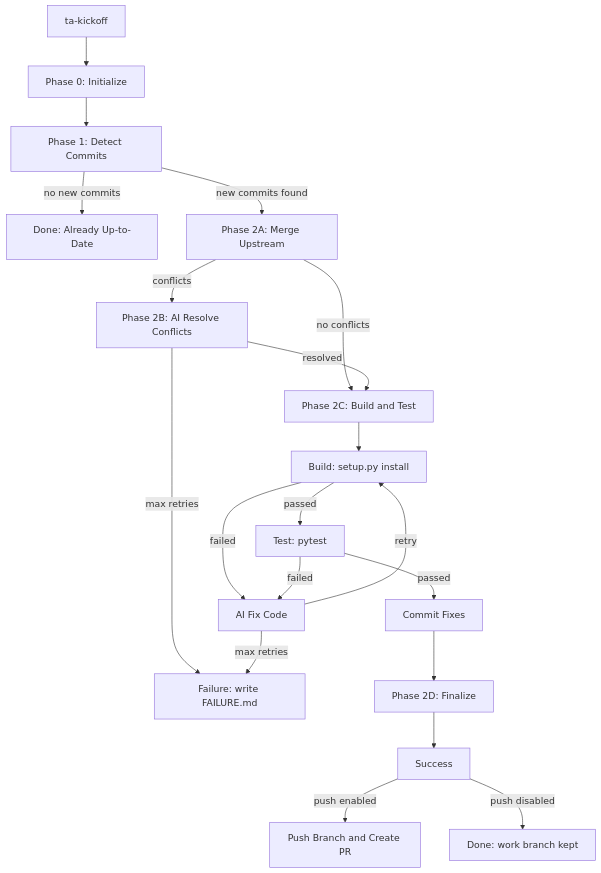
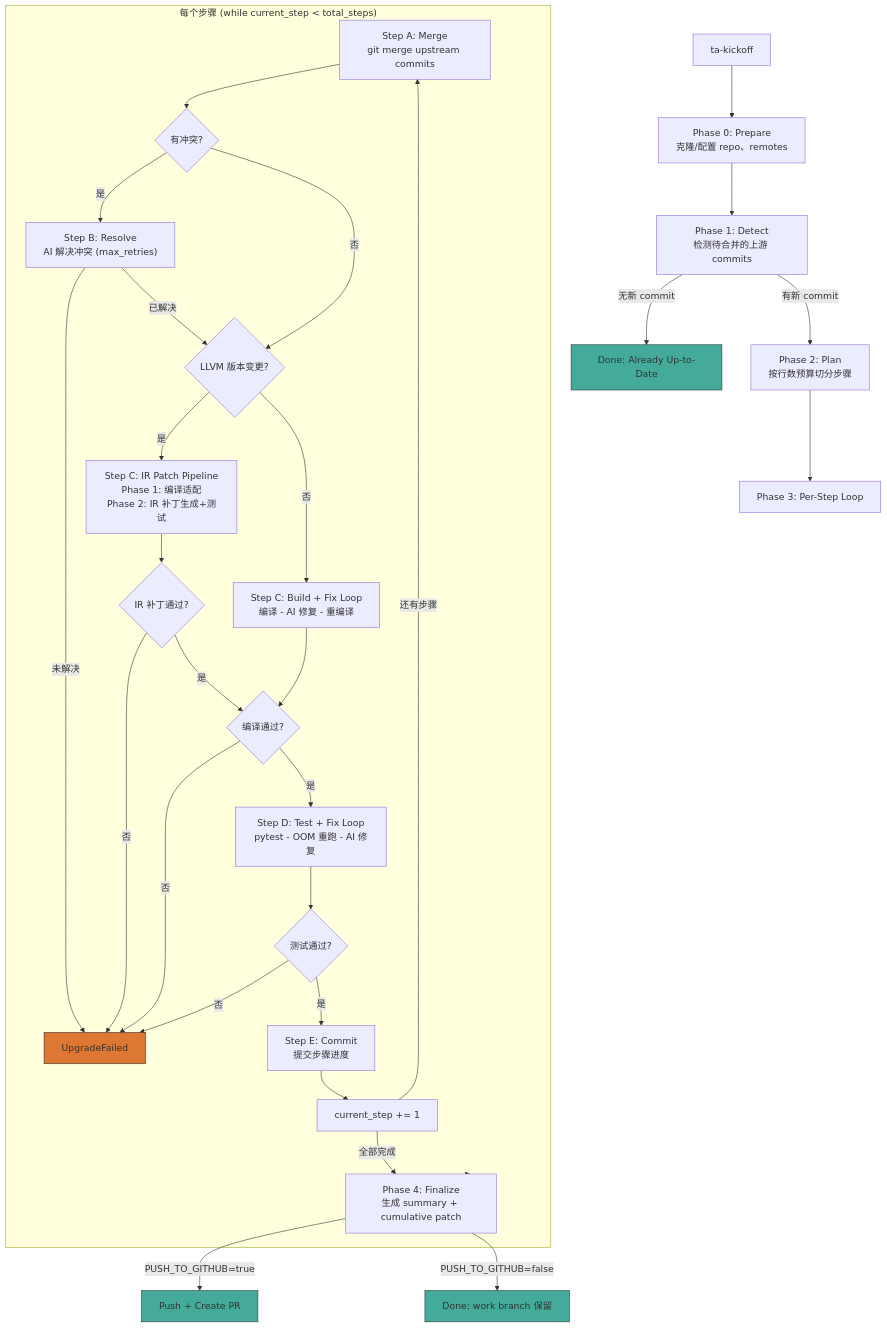
Before and after one commit to TecJesh/main2main_workflow: the first of 2 diagrams in docs/workflow.md, drawn with Mermaid. The commit also changed other lines of this file and 2 other files, not shown here.

Commit message:
[Docs](feat) Update docs of single-step mode pipeline

````diff
--- a/docs/workflow.md
+++ b/docs/workflow.md
@@ -1,23 +3,46 @@
 ```mermaid
 flowchart TD
-    A["ta-kickoff"]
-    A --> B["Phase 0: Initialize"]
-    B --> C["Phase 1: Detect Commits"]
-    C -->|no new commits| D["Done: Already Up-to-Date"]
-    C -->|new commits found| E["Phase 2A: Merge Upstream"]
-    E -->|conflicts| F["Phase 2B: AI Resolve Conflicts"]
-    E -->|no conflicts| G["Phase 2C: Build and Test"]
-    F -->|resolved| G
-    F -->|max retries| H["Failure: write FAILURE.md"]
-    G --> G1["Build: setup.py install"]
-    G1 -->|failed| I["AI Fix Code"]
-    G1 -->|passed| G2["Test: pytest"]
-    G2 -->|failed| I
-    G2 -->|passed| J["Commit Fixes"]
-    I -->|retry| G1
-    I -->|max retries| H
-    J --> K["Phase 2D: Finalize"]
-    K --> L["Success"]
-    L -->|push enabled| M["Push Branch and Create PR"]
-    L -->|push disabled| N["Done: work branch kept"]
+    A["ta-kickoff"] --> B["Phase 0: Prepare<br/>克隆/配置 repo、remotes"]
+    B --> C["Phase 1: Detect<br/>检测待合并的上游 commits"]
+    C -->|无新 commit| D["Done: Already Up-to-Date"]
+    C -->|有新 commit| E["Phase 2: Plan<br/>按行数预算切分步骤"]
+    E --> F["Phase 3: Per-Step Loop"]
+
+    subgraph STEP["每个步骤 (while current_step < total_steps)"]
+        F1["Step A: Merge<br/>git merge upstream commits"]
+        F1 --> F2{有冲突?}
+        F2 -->|是| F3["Step B: Resolve<br/>AI 解决冲突 (max_retries)"]
+        F3 -->|未解决| FAIL["UpgradeFailed"]
+        F3 -->|已解决| F4
+        F2 -->|否| F4{LLVM 版本变更?}
+
+        F4 -->|是| F5["Step C: IR Patch Pipeline<br/>Phase 1: 编译适配<br/>Phase 2: IR 补丁生成+测试"]
+        F4 -->|否| F6["Step C: Build + Fix Loop<br/>编译 - AI 修复 - 重编译"]
+
+        F5 --> F7{IR 补丁通过?}
+        F7 -->|否| FAIL
+        F7 -->|是| F8
+
+        F6 --> F8{编译通过?}
+        F8 -->|否| FAIL
+        F8 -->|是| F9["Step D: Test + Fix Loop<br/>pytest - OOM 重跑 - AI 修复"]
+
+        F9 --> F10{测试通过?}
+        F10 -->|否| FAIL
+        F10 -->|是| F11["Step E: Commit<br/>提交步骤进度"]
+
+        F11 --> F12["current_step += 1"]
+        F12 -->|还有步骤| F1
+        F12 -->|全部完成| G
+    end
+
+    STEP --> G["Phase 4: Finalize<br/>生成 summary + cumulative patch"]
+
+    G -->|PUSH_TO_GITHUB=true| H["Push + Create PR"]
+    G -->|PUSH_TO_GITHUB=false| I["Done: work branch 保留"]
+
+    style FAIL fill:#d73,stroke:#333
+    style D fill:#4a9,stroke:#333
+    style I fill:#4a9,stroke:#333
+    style H fill:#4a9,stroke:#333
 ```
````
